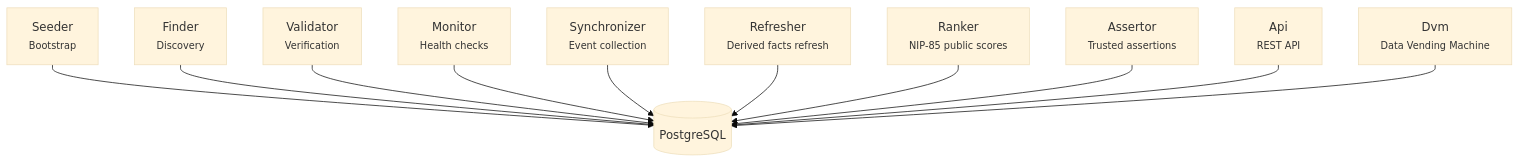
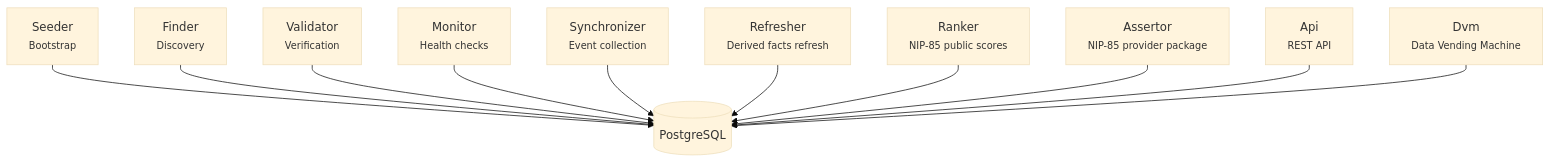
Before and after one commit to BigBrotr/bigbrotr: the diagram in docs/_snippets/pipeline.md, drawn with Mermaid (base theme). The commit also changed 26 other files, not shown here.

First line of the commit message:
refactor: publish assertor trusted provider lists

````diff
--- a/docs/_snippets/pipeline.md
+++ b/docs/_snippets/pipeline.md
@@ -1,26 +1,26 @@
 ```mermaid
 flowchart TD
     DB[("PostgreSQL")]
 
     SE["Seeder<br/><small>Bootstrap</small>"]
     FI["Finder<br/><small>Discovery</small>"]
     VA["Validator<br/><small>Verification</small>"]
     MO["Monitor<br/><small>Health checks</small>"]
     SY["Synchronizer<br/><small>Event collection</small>"]
     RE["Refresher<br/><small>Derived facts refresh</small>"]
     RA["Ranker<br/><small>NIP-85 public scores</small>"]
-    AS["Assertor<br/><small>Trusted assertions</small>"]
+    AS["Assertor<br/><small>NIP-85 provider package</small>"]
     AP["Api<br/><small>REST API</small>"]
     DV["Dvm<br/><small>Data Vending Machine</small>"]
 
     SE --> DB
     FI --> DB
     VA --> DB
     MO --> DB
     SY --> DB
     RE --> DB
     RA --> DB
     AS --> DB
     AP --> DB
     DV --> DB
 ```
````
